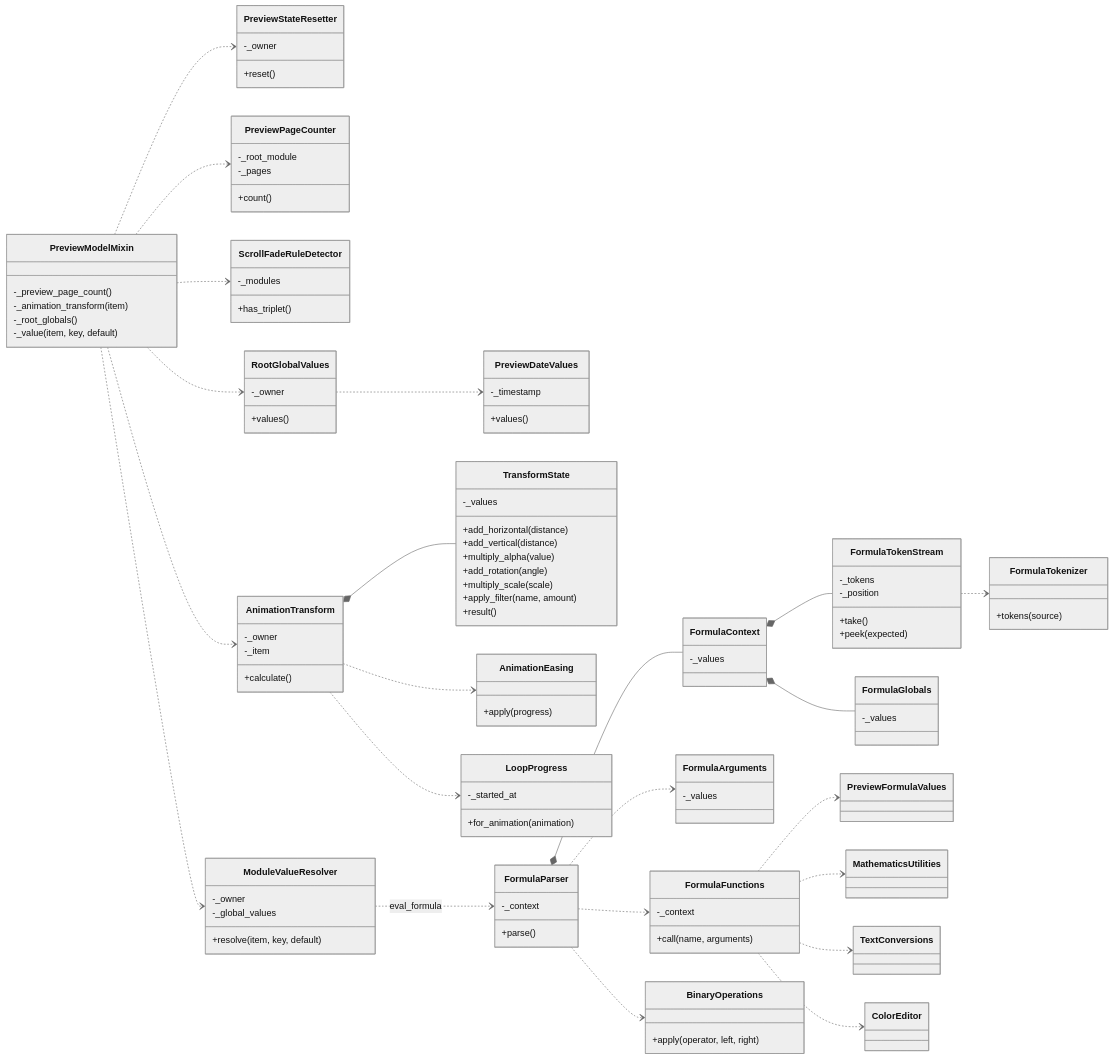
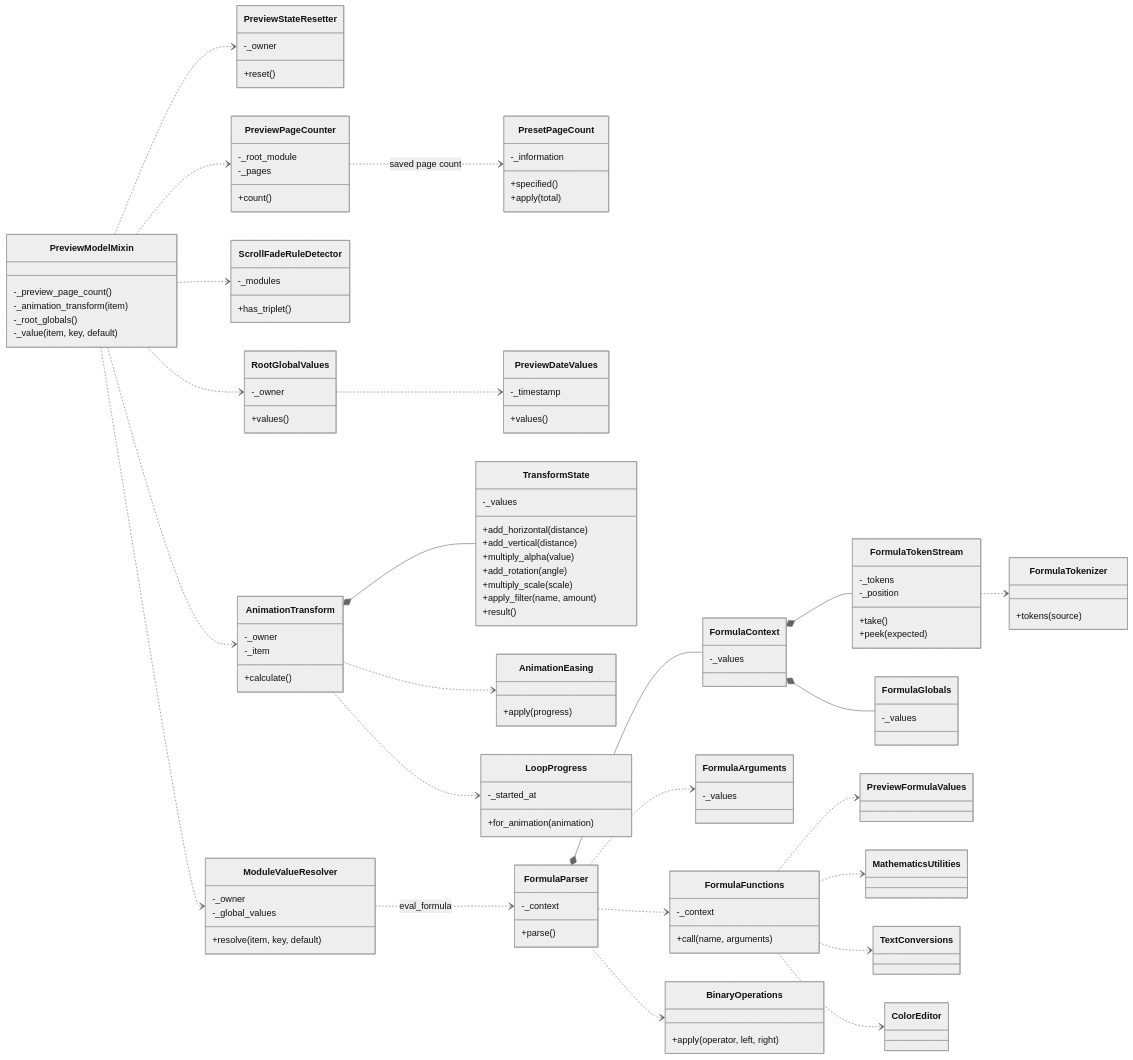
Before and after one commit to k014c1287/klwp_pc_editor: the fourth of 15 diagrams in doc/KLWPエディタ_設計仕様.md, drawn with Mermaid (neutral theme). The commit also changed other lines of this file and 7 other files, not shown here.

```diff
--- a/doc/KLWPエディタ_設計仕様.md
+++ b/doc/KLWPエディタ_設計仕様.md
@@ -381,6 +381,11 @@
         -_root_module
         -_pages
         +count()
+    }
+    class PresetPageCount {
+        -_information
+        +specified()
+        +apply(total)
     }
     class ScrollFadeRuleDetector {
         -_modules
@@ -457,6 +462,7 @@
 
     PreviewModelMixin ..> PreviewStateResetter
     PreviewModelMixin ..> PreviewPageCounter
+    PreviewPageCounter ..> PresetPageCount : saved page count
     PreviewModelMixin ..> ScrollFadeRuleDetector
     PreviewModelMixin ..> RootGlobalValues
     PreviewModelMixin ..> ModuleValueResolver
```
